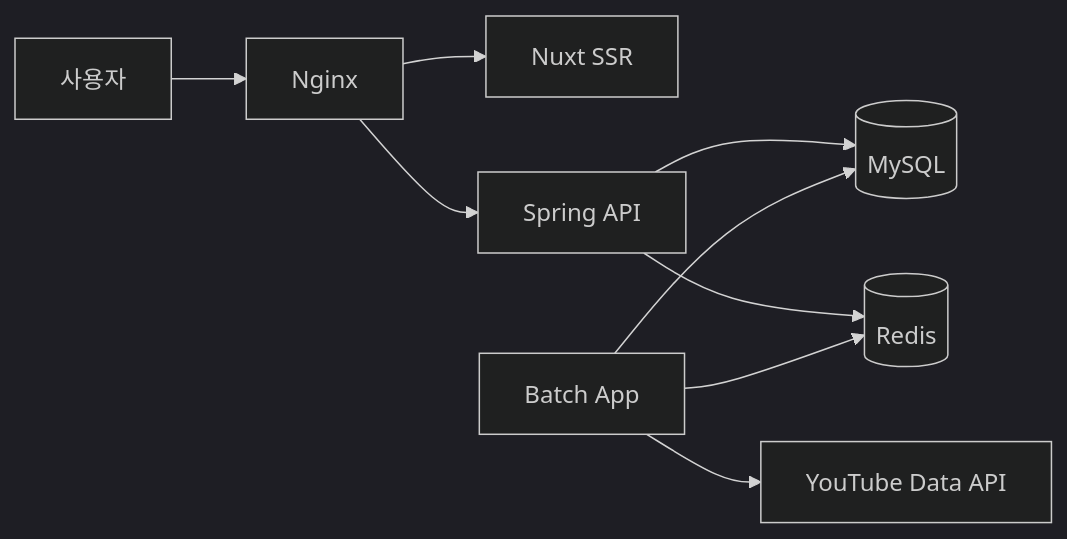
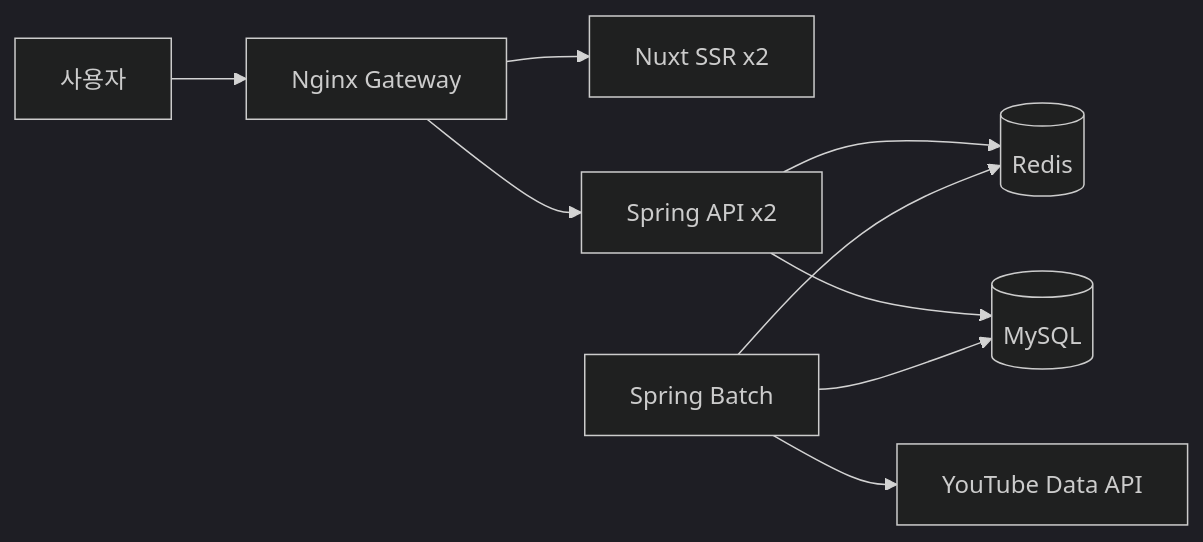
Before and after one commit to dakcoh/tubeten: the diagram in README.md, drawn with Mermaid (dark theme). The commit also changed other lines of this file, not shown here.

````diff
--- a/README.md
+++ b/README.md
@@ -88,11 +44,11 @@
 ```mermaid
 flowchart LR
-    User["사용자"] --> Nginx["Nginx"]
-    Nginx --> Nuxt["Nuxt SSR"]
-    Nginx --> API["Spring API"]
-    API --> MySQL[("MySQL")]
-    API --> Redis[("Redis")]
-    Batch["Batch App"] --> YouTube["YouTube Data API"]
+    User[사용자] --> Gateway[Nginx Gateway]
+    Gateway --> Nuxt[Nuxt SSR x2]
+    Gateway --> API[Spring API x2]
+    API --> Redis[(Redis)]
+    API --> MySQL[(MySQL)]
+    Batch[Spring Batch] --> YouTube[YouTube Data API]
     Batch --> MySQL
     Batch --> Redis
 ```
````
